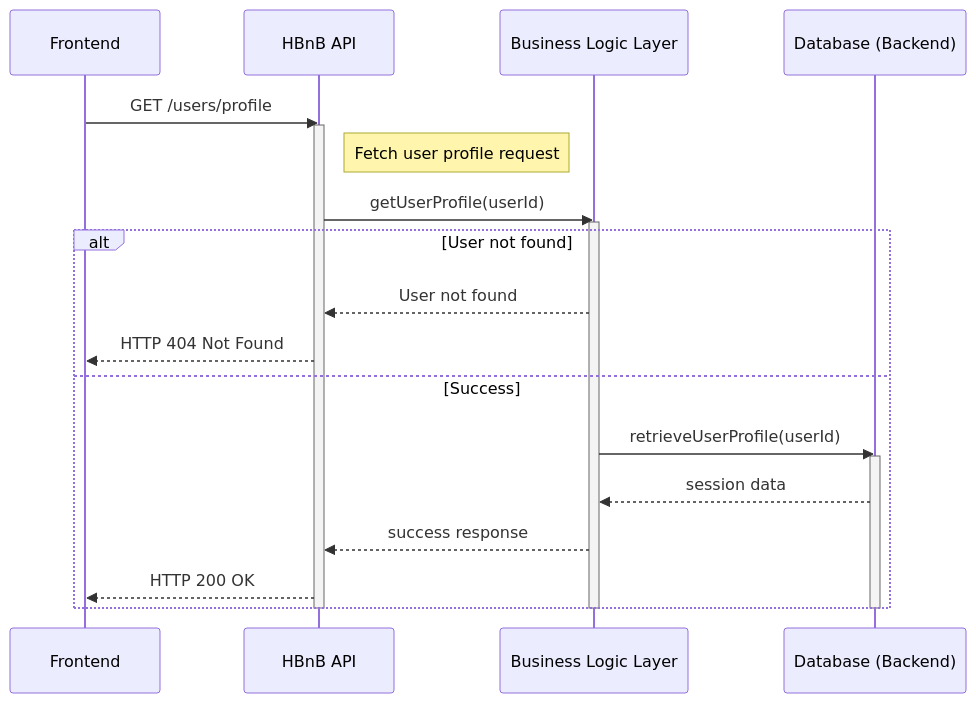
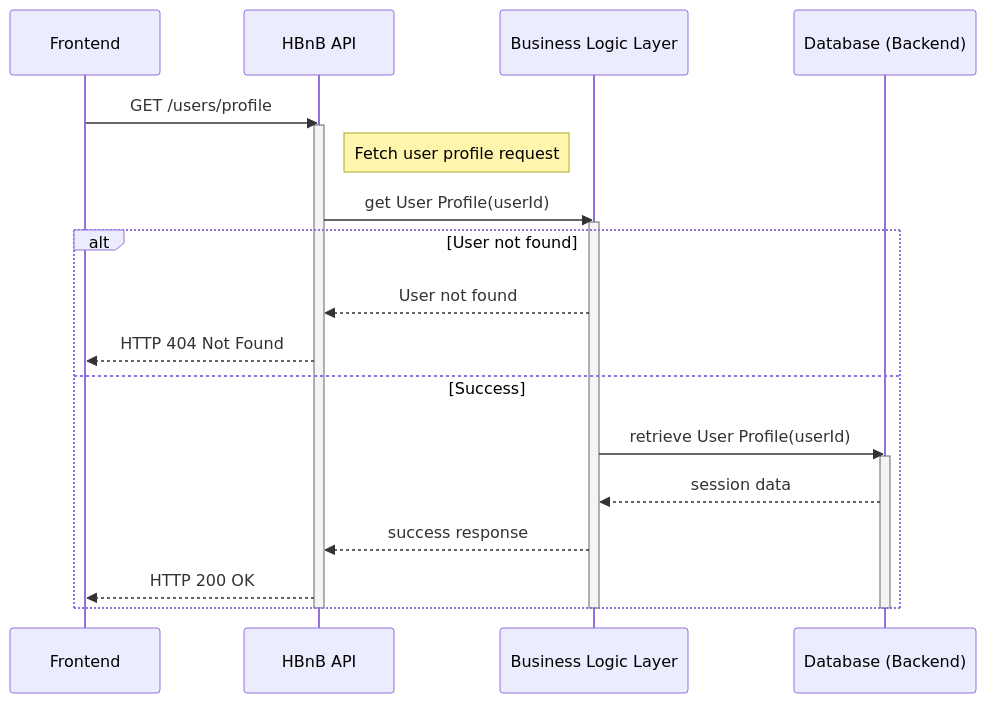
One commit to LEROY-Yanis/holbertonschool-hbnb changed the third of 4 diagrams in part1/task_3.md. Above: the diagram before and after it, drawn with Mermaid. The commit also changed other lines of this file, not shown here.

Commit message:
Fix formatting of user session and profile retrieval

````diff
--- a/part1/task_3.md
+++ b/part1/task_3.md
@@ -88,29 +88,29 @@
 ```mermaid
 sequenceDiagram
     participant User as Frontend
     participant API as HBnB API
     participant Logic as Business Logic Layer
     participant Storage as Database (Backend)
 
     User->>API: GET /users/profile
     activate API
     Note right of API: Fetch user profile request
 
-    API->>Logic: getUserProfile(userId)
+    API->>Logic: get User Profile(userId)
     activate Logic
 
     alt User not found
         Logic-->>API: User not found
         API-->>User: HTTP 404 Not Found
     else Success
-        Logic->>Storage: retrieveUserProfile(userId)
+        Logic->>Storage: retrieve User Profile(userId)
         activate Storage
         Storage-->>Logic: session data
         Logic-->>API: success response
         API-->>User: HTTP 200 OK
     end
 
     deactivate Storage
     deactivate Logic
     deactivate API
 ```
````
